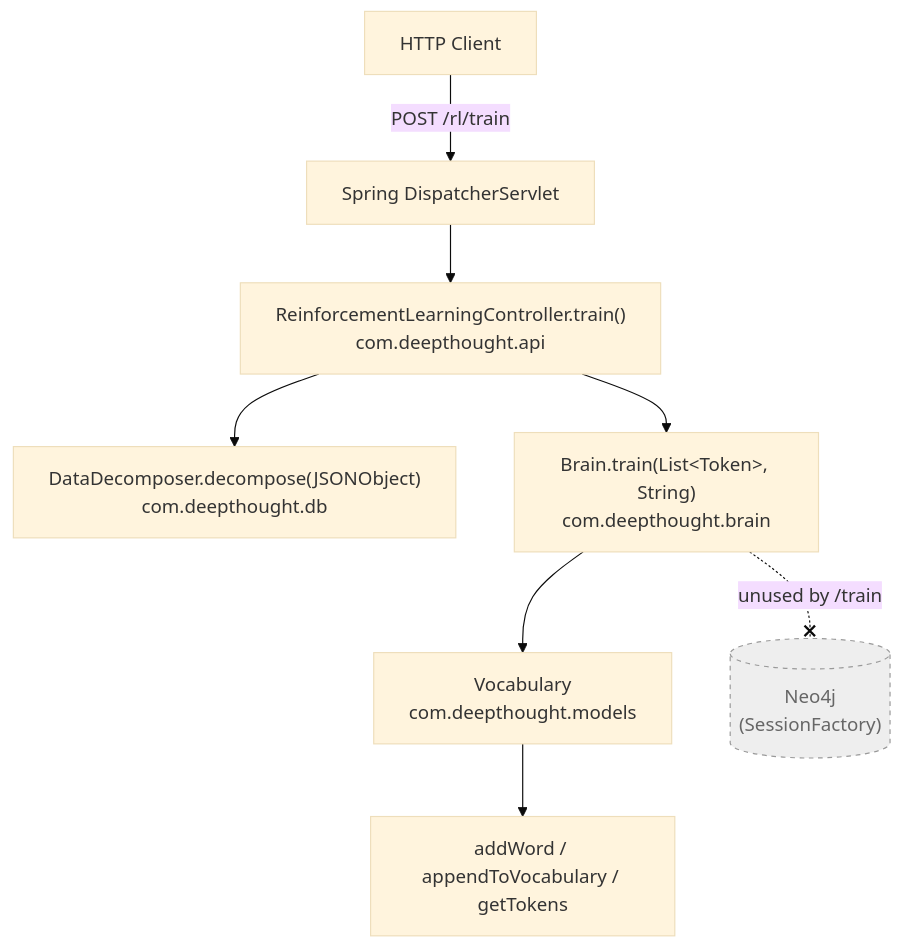
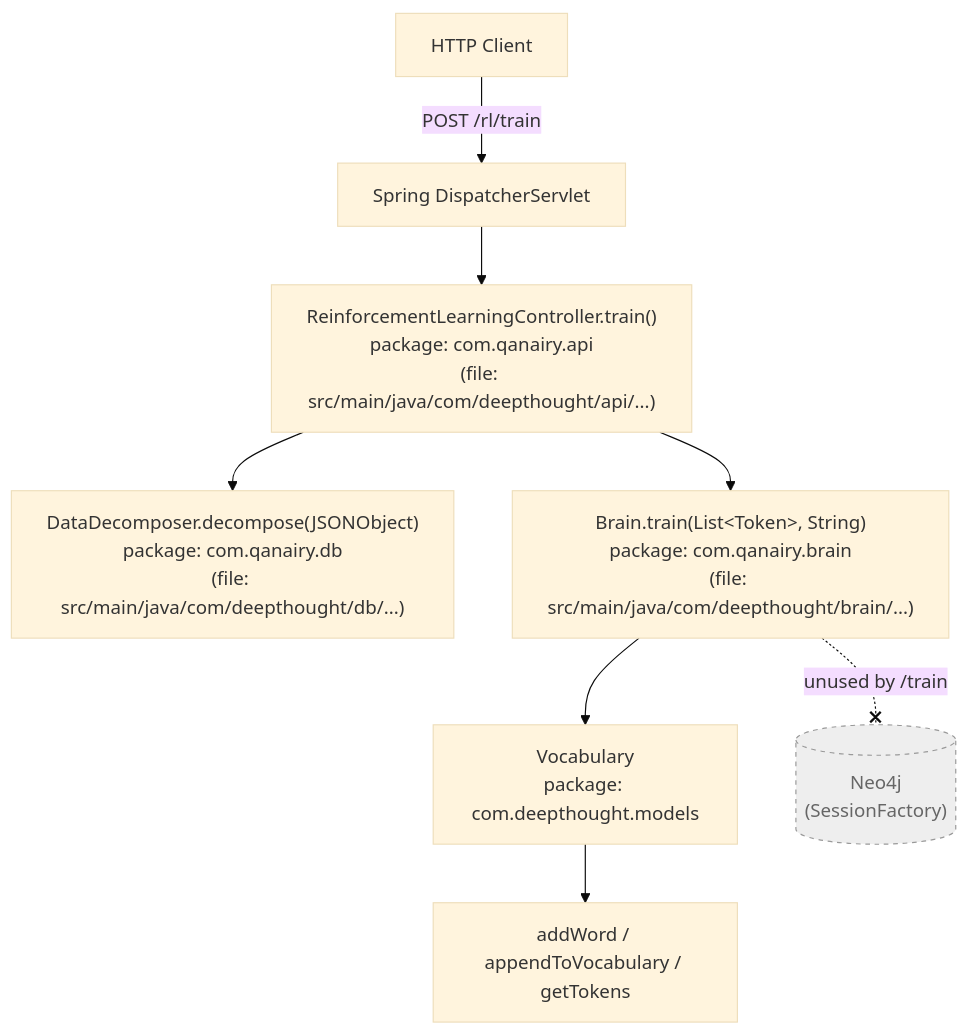
One commit to brandonkindred/Deepthought changed the second of 6 diagrams in TRAIN_ENDPOINT.md. Above: the diagram before and after it, drawn with Mermaid (base theme). The commit also changed other lines of this file, not shown here.

First line of the commit message:
docs: correct package names and document JSONArray decomposition bug

````diff
--- a/TRAIN_ENDPOINT.md
+++ b/TRAIN_ENDPOINT.md
@@ -110,14 +110,14 @@
 ```mermaid
 flowchart TD
     A[HTTP Client] -->|POST /rl/train| B[Spring DispatcherServlet]
-    B --> C["ReinforcementLearningController.train()<br/>com.deepthought.api"]
-    C --> D["DataDecomposer.decompose(JSONObject)<br/>com.deepthought.db"]
-    C --> E["Brain.train(List&lt;Token&gt;, String)<br/>com.deepthought.brain"]
-    E --> F["Vocabulary<br/>com.deepthought.models"]
+    B --> C["ReinforcementLearningController.train()<br/>package: com.qanairy.api<br/>(file: src/main/java/com/deepthought/api/...)"]
+    C --> D["DataDecomposer.decompose(JSONObject)<br/>package: com.qanairy.db<br/>(file: src/main/java/com/deepthought/db/...)"]
+    C --> E["Brain.train(List&lt;Token&gt;, String)<br/>package: com.qanairy.brain<br/>(file: src/main/java/com/deepthought/brain/...)"]
+    E --> F["Vocabulary<br/>package: com.deepthought.models"]
     F --> G["addWord / appendToVocabulary / getTokens"]
 
     Neo4j[("Neo4j<br/>(SessionFactory)")]:::ext
     E -. unused by /train .-x Neo4j
 
     classDef ext fill:#eee,stroke:#999,stroke-dasharray: 4 4,color:#666;
 ```
````
